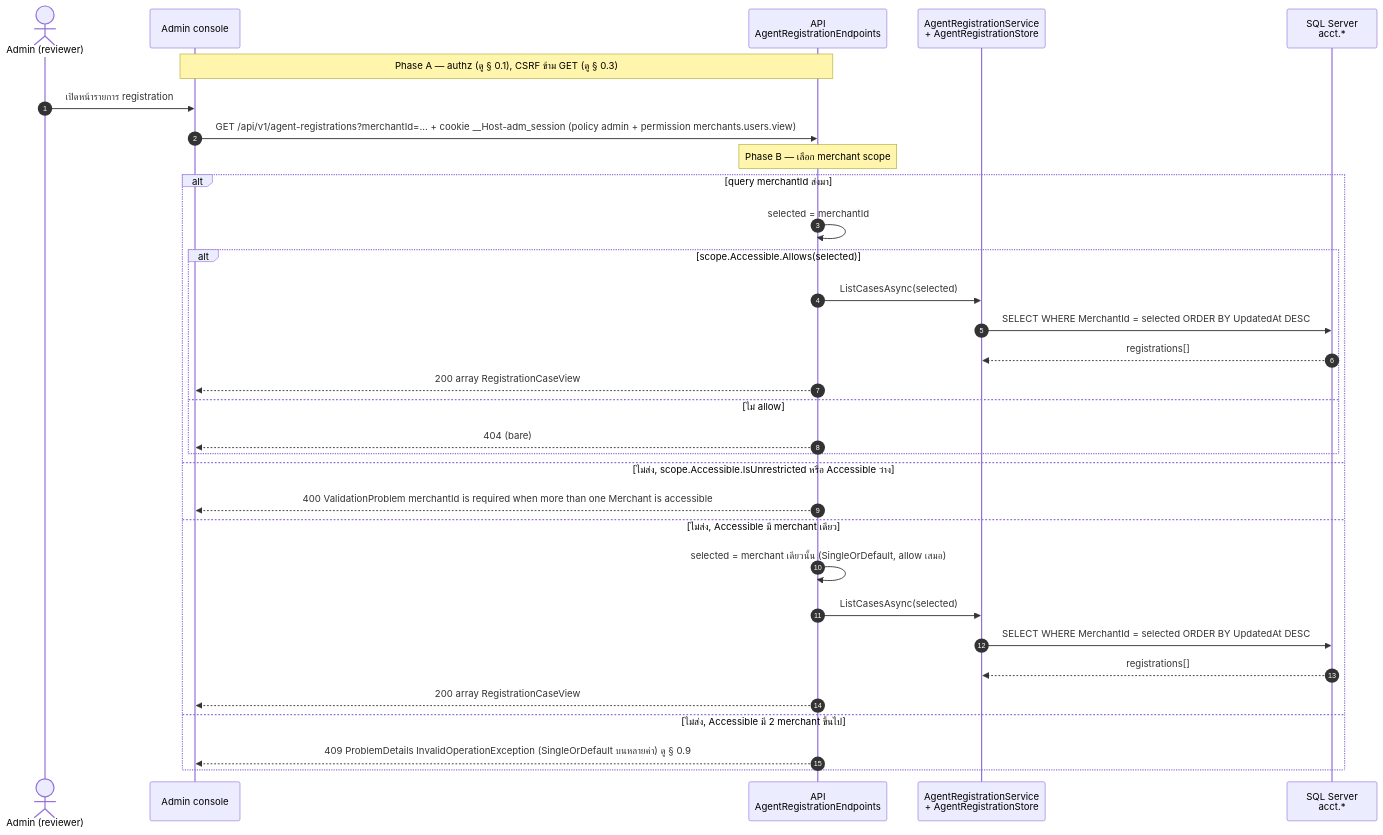
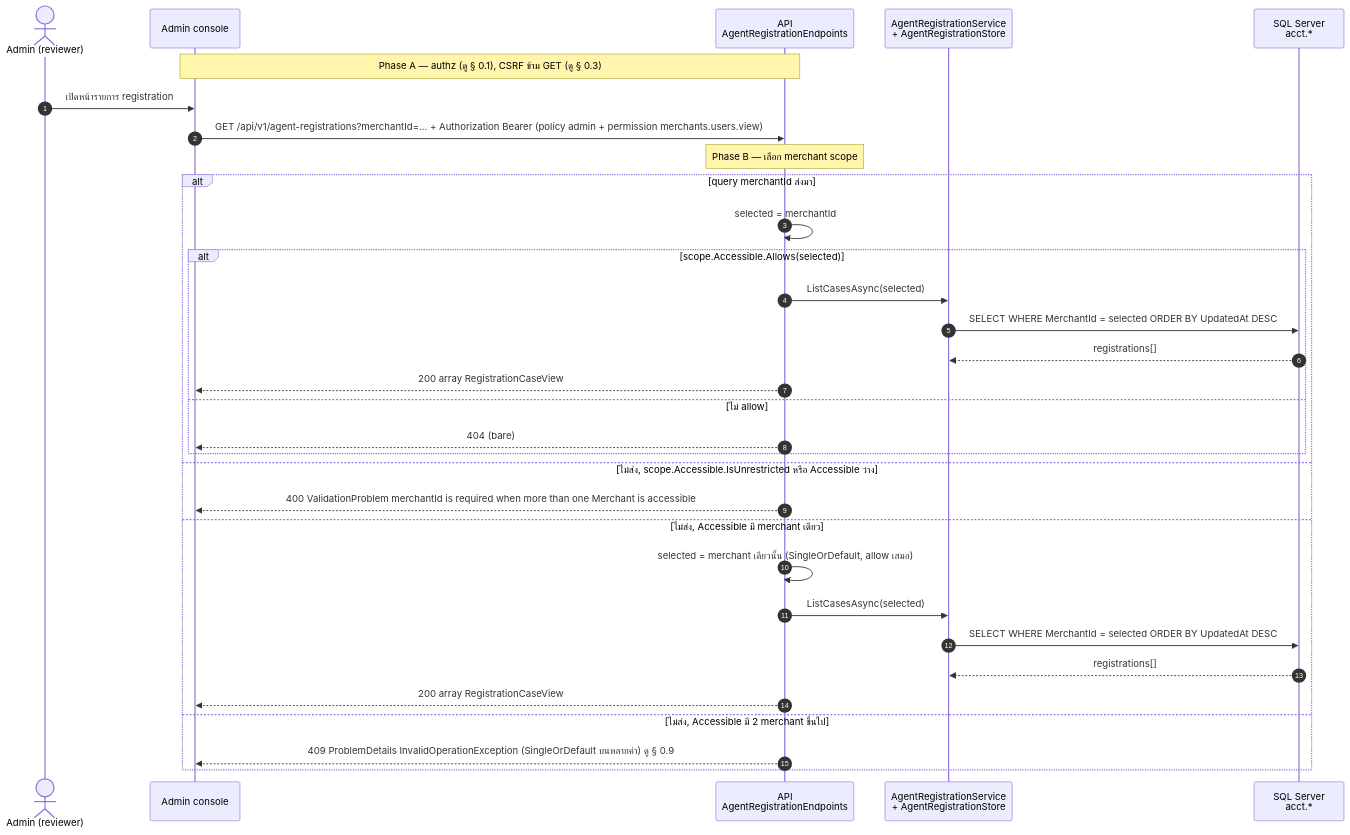
The fourth of 6 diagrams in outputs/diagrams/2026-09-14_api-endpoints_v1/03-agent-registration.sequences.md (metrodiesign/pol-core), drawn with Mermaid before and after one commit. The commit also changed other lines of this file and 42 other files, not shown here.

First line of the commit message:
docs: align reference docs and the API diagram set with the Bearer-only admin plane

````diff
--- a/outputs/diagrams/2026-09-14_api-endpoints_v1/03-agent-registration.sequences.md
+++ b/outputs/diagrams/2026-09-14_api-endpoints_v1/03-agent-registration.sequences.md
@@ -203,35 +203,35 @@
 ```mermaid
 sequenceDiagram
     autonumber
     actor AD as Admin (reviewer)
     participant CON as Admin console
     participant API as API<br/>AgentRegistrationEndpoints
     participant SVC as AgentRegistrationService<br/>+ AgentRegistrationStore
     participant DB as SQL Server<br/>acct.*
 
     Note over CON,API: Phase A — authz (ดู § 0.1), CSRF ข้าม GET (ดู § 0.3)
     AD->>CON: เปิดหน้ารายการ registration
-    CON->>API: GET /api/v1/agent-registrations?merchantId=... + cookie __Host-adm_session (policy admin + permission merchants.users.view)
+    CON->>API: GET /api/v1/agent-registrations?merchantId=... + Authorization Bearer (policy admin + permission merchants.users.view)
     Note over API: Phase B — เลือก merchant scope
     alt query merchantId ส่งมา
         API->>API: selected = merchantId
         alt scope.Accessible.Allows(selected)
             API->>SVC: ListCasesAsync(selected)
             SVC->>DB: SELECT WHERE MerchantId = selected ORDER BY UpdatedAt DESC
             DB-->>SVC: registrations[]
             API-->>CON: 200 array RegistrationCaseView
         else ไม่ allow
             API-->>CON: 404 (bare)
         end
     else ไม่ส่ง, scope.Accessible.IsUnrestricted หรือ Accessible ว่าง
         API-->>CON: 400 ValidationProblem merchantId is required when more than one Merchant is accessible
     else ไม่ส่ง, Accessible มี merchant เดียว
         API->>API: selected = merchant เดียวนั้น (SingleOrDefault, allow เสมอ)
         API->>SVC: ListCasesAsync(selected)
         SVC->>DB: SELECT WHERE MerchantId = selected ORDER BY UpdatedAt DESC
         DB-->>SVC: registrations[]
         API-->>CON: 200 array RegistrationCaseView
     else ไม่ส่ง, Accessible มี 2 merchant ขึ้นไป
         API-->>CON: 409 ProblemDetails InvalidOperationException (SingleOrDefault บนหลายค่า) ดู § 0.9
     end
 ```
````
